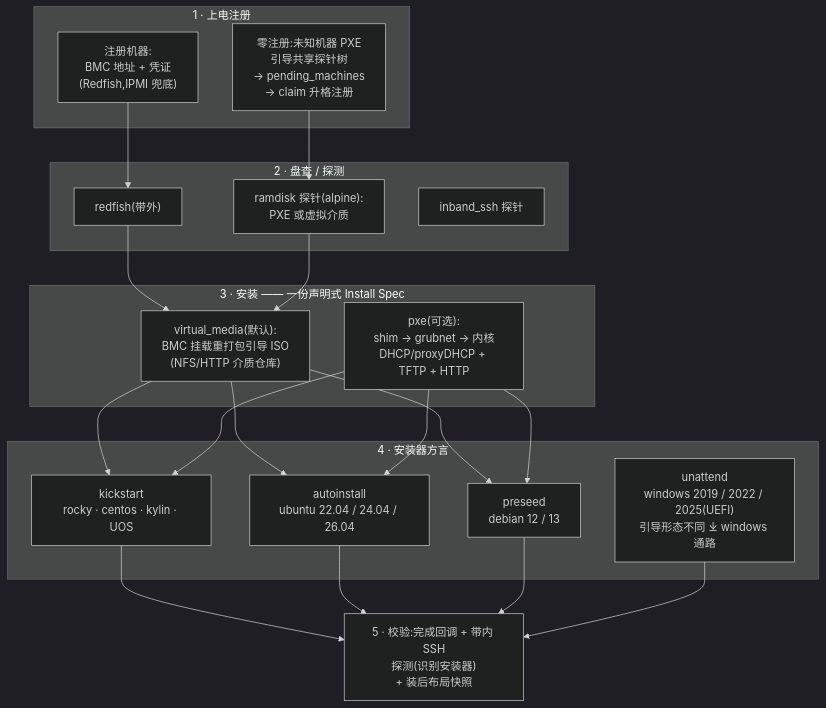
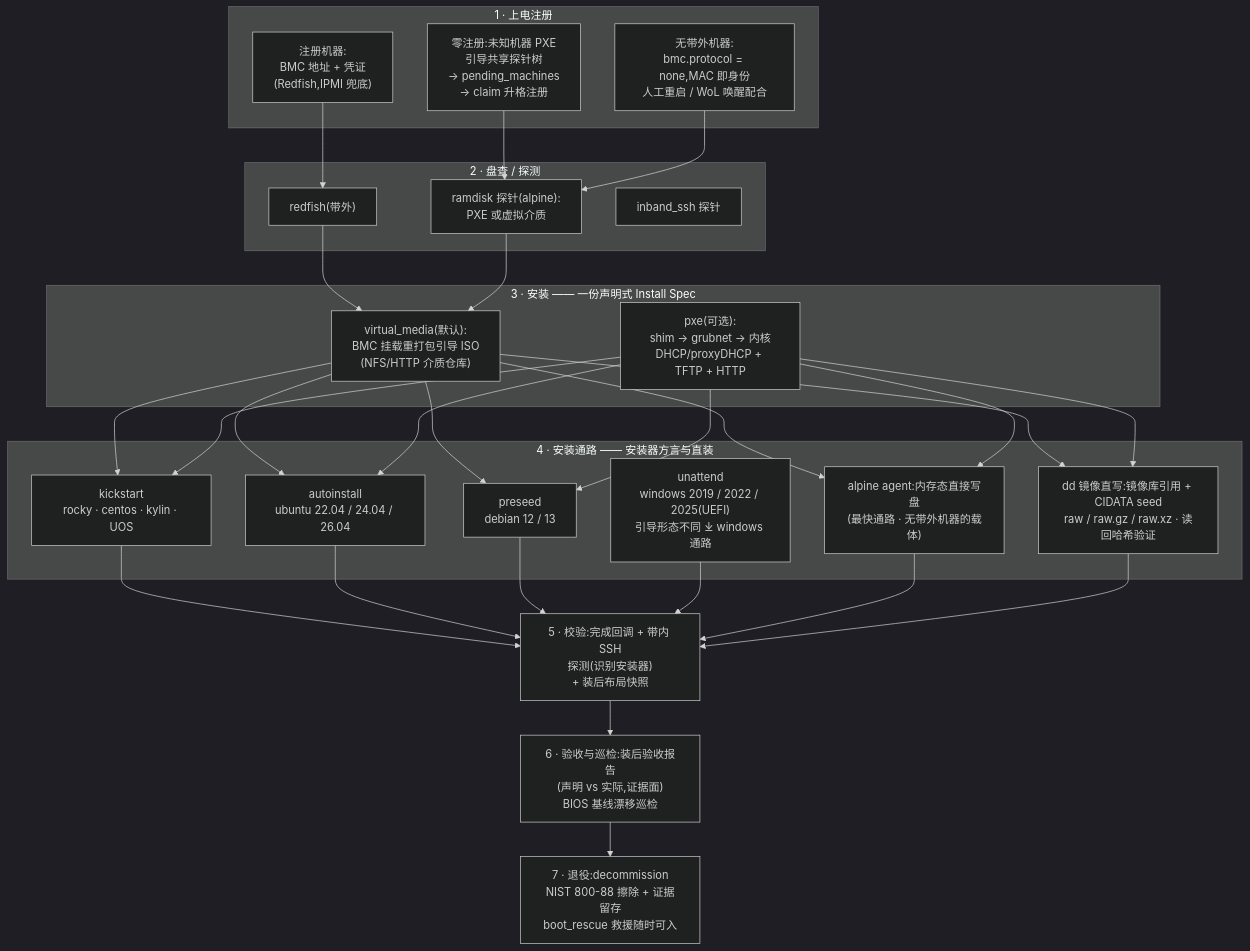
The first of 4 diagrams in README.zh-CN.md (3th1nk/mammoth), drawn with Mermaid (dark theme) before and after one commit. The commit also changed other lines of this file and 12 other files, not shown here.

````diff
--- a/README.zh-CN.md
+++ b/README.zh-CN.md
@@ -98,37 +48,51 @@
 ```mermaid
 flowchart TD
     subgraph ON["1 · 上电注册"]
         reg["注册机器:<br/>BMC 地址 + 凭证<br/>(Redfish,IPMI 兜底)"]
         zr["零注册:未知机器 PXE<br/>引导共享探针树<br/>→ pending_machines<br/>→ claim 升格注册"]
+        hl["无带外机器:<br/>bmc.protocol = none,MAC 即身份<br/>人工重启 / WoL 唤醒配合"]
     end
     subgraph INV["2 · 盘查 / 探测"]
         rf["redfish(带外)"]
         ram["ramdisk 探针(alpine):<br/>PXE 或虚拟介质"]
         ish["inband_ssh 探针"]
     end
     subgraph INS["3 · 安装 —— 一份声明式 Install Spec"]
         vm["virtual_media(默认):<br/>BMC 挂载重打包引导 ISO<br/>(NFS/HTTP 介质仓库)"]
         pxe["pxe(可选):<br/>shim → grubnet → 内核<br/>DHCP/proxyDHCP + TFTP + HTTP"]
     end
-    subgraph DIA["4 · 安装器方言"]
+    subgraph DIA["4 · 安装通路 —— 安装器方言与直装"]
         ks["kickstart<br/>rocky · centos · kylin · UOS"]
         ai["autoinstall<br/>ubuntu 22.04 / 24.04 / 26.04"]
         ps["preseed<br/>debian 12 / 13"]
         wu["unattend<br/>windows 2019 / 2022 / 2025(UEFI)<br/>引导形态不同 ⤓ windows 通路"]
+        ag["alpine agent:内存态直接写盘<br/>(最快通路 · 无带外机器的载体)"]
+        dd["dd 镜像直写:镜像库引用 + CIDATA seed<br/>raw / raw.gz / raw.xz · 读回哈希验证"]
     end
     ver["5 · 校验:完成回调 + 带内 SSH<br/>探测(识别安装器)<br/>+ 装后布局快照"]
+    acc["6 · 验收与巡检:装后验收报告<br/>(声明 vs 实际,证据面)<br/>BIOS 基线漂移巡检"]
+    ret["7 · 退役:decommission<br/>NIST 800-88 擦除 + 证据留存<br/>boot_rescue 救援随时可入"]
     reg --> rf
     zr --> ram
+    hl --> ram
     rf --> vm
     ram --> vm
     vm --> ks
     vm --> ai
     vm --> ps
     pxe --> ks
     pxe --> ai
     pxe --> ps
+    vm --> ag
+    pxe --> ag
+    vm --> dd
+    pxe --> dd
     ks --> ver
     ai --> ver
     ps --> ver
     wu --> ver
+    ag --> ver
+    dd --> ver
+    ver --> acc
+    acc --> ret
 ```
````
